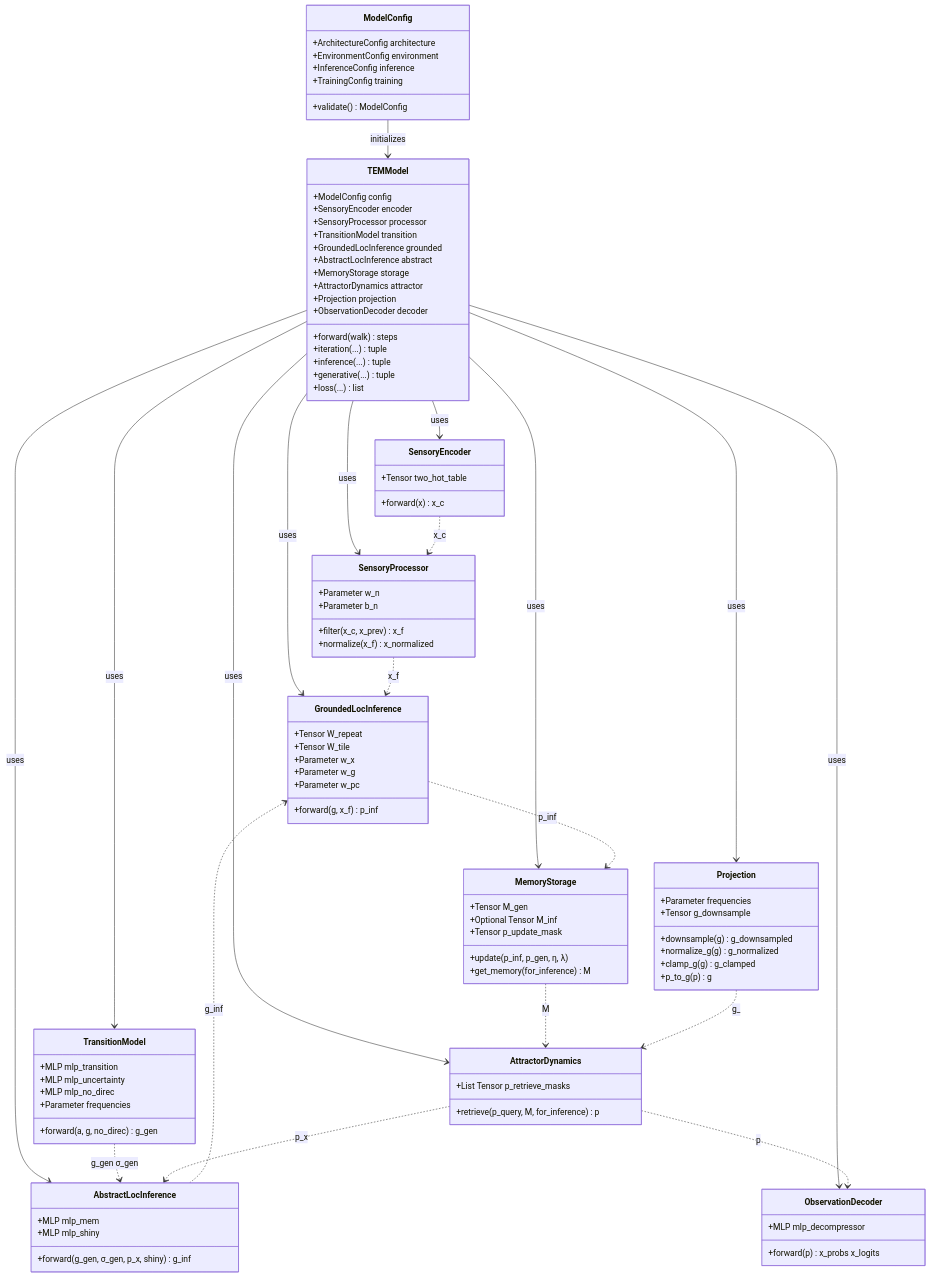
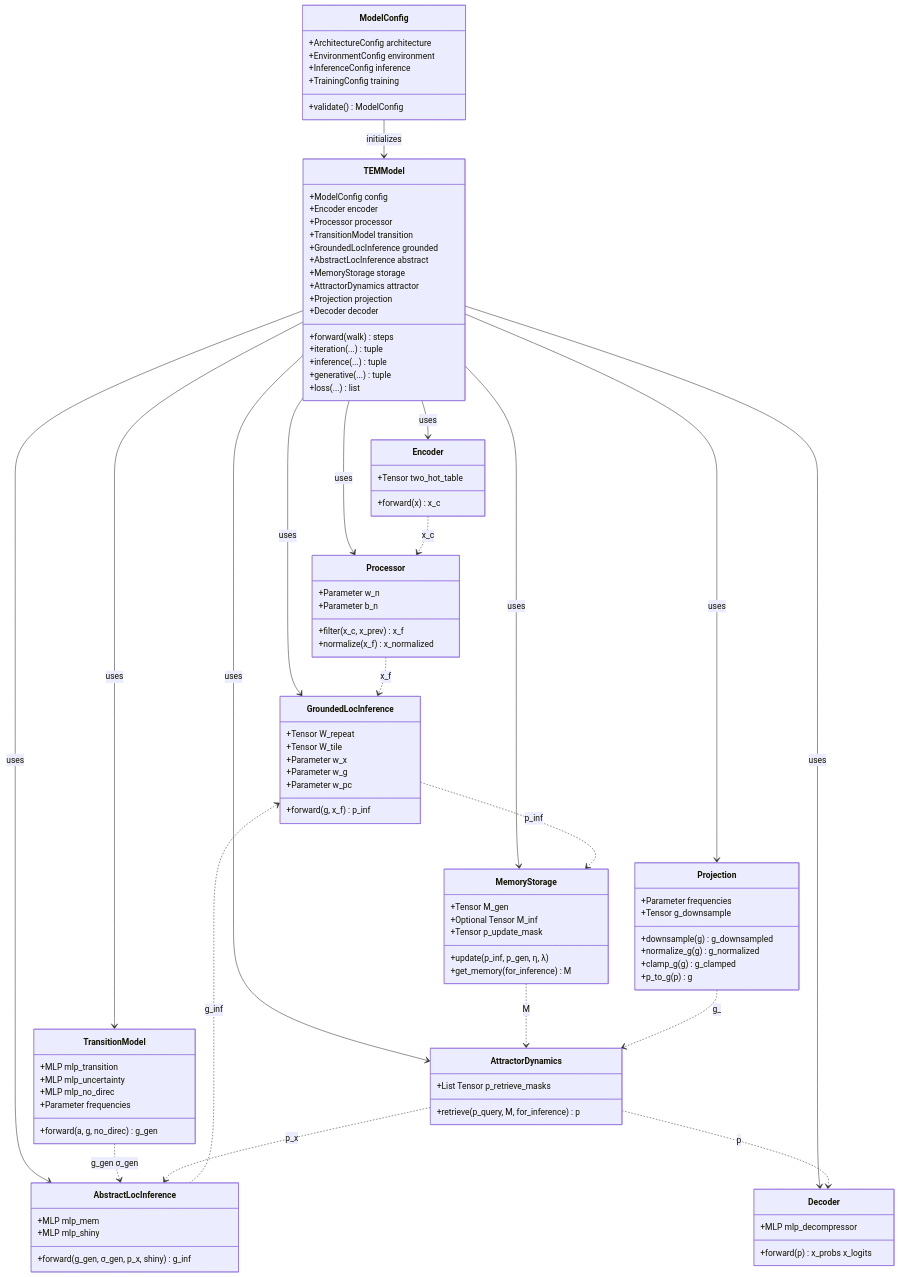
Before and after one commit to BorjaEst/tem: the diagram in docs/component_relationships.mmd, drawn with Mermaid. The commit also changed 2 other files, not shown here.

Commit message:
feat: Rename components in architecture and design documents for consistency

```diff
--- a/docs/component_relationships.mmd
+++ b/docs/component_relationships.mmd
@@ -1,110 +1,110 @@
 %% Component Relationships and Dependencies
 classDiagram
     class ModelConfig {
         +ArchitectureConfig architecture
         +EnvironmentConfig environment
         +InferenceConfig inference
         +TrainingConfig training
         +validate() ModelConfig
     }
     
     class TEMModel {
         +ModelConfig config
-        +SensoryEncoder encoder
-        +SensoryProcessor processor
+        +Encoder encoder
+        +Processor processor
         +TransitionModel transition
         +GroundedLocInference grounded
         +AbstractLocInference abstract
         +MemoryStorage storage
         +AttractorDynamics attractor
         +Projection projection
-        +ObservationDecoder decoder
+        +Decoder decoder
         +forward(walk) steps
         +iteration(...) tuple
         +inference(...) tuple
         +generative(...) tuple
         +loss(...) list
     }
     
-    class SensoryEncoder {
+    class Encoder {
         +Tensor two_hot_table
         +forward(x) x_c
     }
     
-    class SensoryProcessor {
+    class Processor {
         +Parameter w_n
         +Parameter b_n
         +filter(x_c, x_prev) x_f
         +normalize(x_f) x_normalized
     }
     
     class TransitionModel {
         +MLP mlp_transition
         +MLP mlp_uncertainty
         +MLP mlp_no_direc
         +Parameter frequencies
         +forward(a, g, no_direc) g_gen
     }
     
     class GroundedLocInference {
         +Tensor W_repeat
         +Tensor W_tile
         +Parameter w_x
         +Parameter w_g
         +Parameter w_pc
         +forward(g, x_f) p_inf
     }
     
     class AbstractLocInference {
         +MLP mlp_mem
         +MLP mlp_shiny
         +forward(g_gen, σ_gen, p_x, shiny) g_inf
     }
     
     class MemoryStorage {
         +Tensor M_gen
         +Optional Tensor M_inf
         +Tensor p_update_mask
         +update(p_inf, p_gen, η, λ)
         +get_memory(for_inference) M
     }
     
     class AttractorDynamics {
         +List Tensor p_retrieve_masks
         +retrieve(p_query, M, for_inference) p
     }
     
     class Projection {
         +Parameter frequencies
         +Tensor g_downsample
         +downsample(g) g_downsampled
         +normalize_g(g) g_normalized
         +clamp_g(g) g_clamped
         +p_to_g(p) g
     }
     
-    class ObservationDecoder {
+    class Decoder {
         +MLP mlp_decompressor
         +forward(p) x_probs x_logits
     }
     
     ModelConfig --> TEMModel : initializes
-    TEMModel --> SensoryEncoder : uses
-    TEMModel --> SensoryProcessor : uses
+    TEMModel --> Encoder : uses
+    TEMModel --> Processor : uses
     TEMModel --> TransitionModel : uses
     TEMModel --> GroundedLocInference : uses
     TEMModel --> AbstractLocInference : uses
     TEMModel --> MemoryStorage : uses
     TEMModel --> AttractorDynamics : uses
     TEMModel --> Projection : uses
-    TEMModel --> ObservationDecoder : uses
+    TEMModel --> Decoder : uses
     
-    SensoryEncoder ..> SensoryProcessor : x_c
-    SensoryProcessor ..> GroundedLocInference : x_f
+    Encoder ..> Processor : x_c
+    Processor ..> GroundedLocInference : x_f
     TransitionModel ..> AbstractLocInference : g_gen σ_gen
     AttractorDynamics ..> AbstractLocInference : p_x
     AbstractLocInference ..> GroundedLocInference : g_inf
     GroundedLocInference ..> MemoryStorage : p_inf
-    AttractorDynamics ..> ObservationDecoder : p
+    AttractorDynamics ..> Decoder : p
     MemoryStorage ..> AttractorDynamics : M
     Projection ..> AttractorDynamics : g_
```
